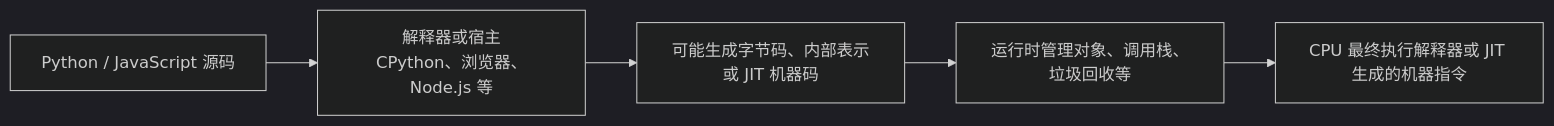
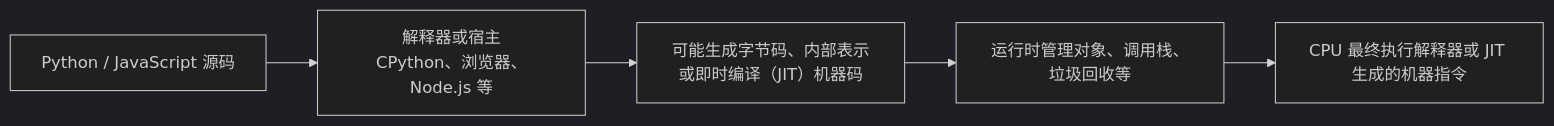
Before and after one commit to jiazhengfu912-lang/operating-Systems-Theory: diagram 11 of 12 in docs/02-cpu-context-registers-and-instructions.md, drawn with Mermaid (dark theme). The commit also changed other lines of this file and 12 other files, not shown here.

````diff
--- a/docs/02-cpu-context-registers-and-instructions.md
+++ b/docs/02-cpu-context-registers-and-instructions.md
@@ -534,7 +765,7 @@
 ```mermaid
 flowchart LR
     PSRC["Python / JavaScript 源码"] --> HOST["解释器或宿主<br/>CPython、浏览器、Node.js 等"]
-    HOST --> BC["可能生成字节码、内部表示或 JIT 机器码"]
+    HOST --> BC["可能生成字节码、内部表示或即时编译（JIT）机器码"]
     BC --> EXEC["运行时管理对象、调用栈、垃圾回收等"]
     EXEC --> CPU["CPU 最终执行解释器或 JIT 生成的机器指令"]
 ```
````
